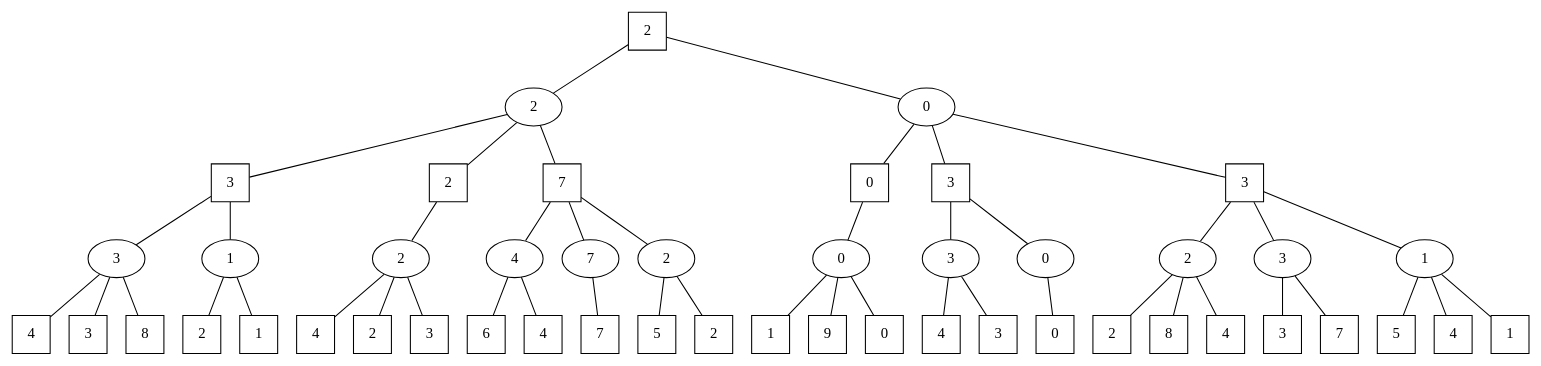
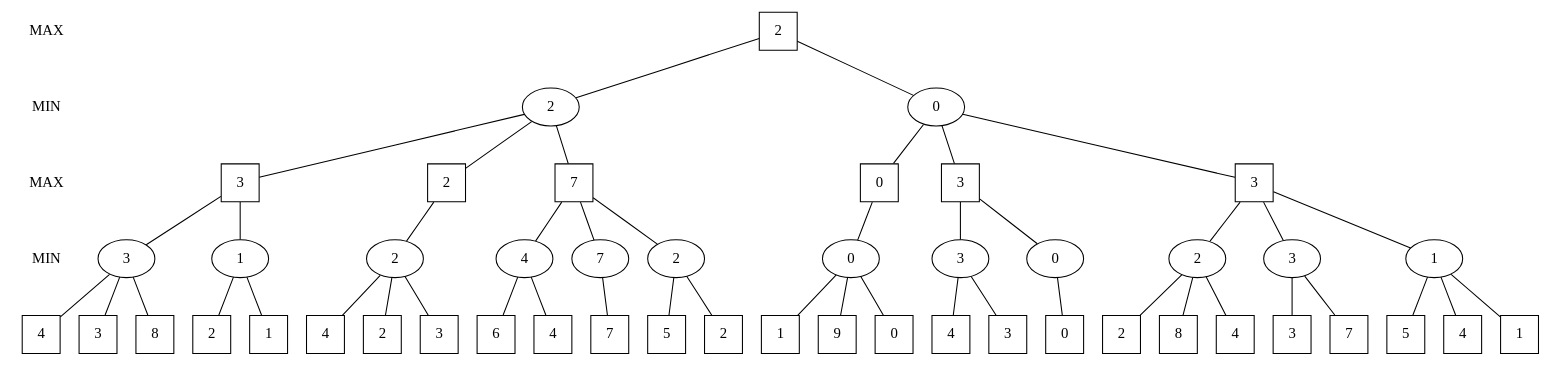
Before and after one commit to Tiv0w/l3-ia-tp3: the first of 2 diagrams in doc/tp3.org, drawn with Graphviz. The commit also changed other lines of this file and 7 other files, not shown here.

```diff
--- a/doc/tp3.org
+++ b/doc/tp3.org
@@ -12,74 +16,81 @@
 #+begin_src dot :file min_max.png :cmd dot :cmdline -Tpng :exports none :results silent
 graph {
+    maxa [label="MAX", color=white];
+    minb [label="MIN", color=white];
+    maxc [label="MAX", color=white];
+    mind [label="MIN", color=white];
     a [label="2", shape=square];
     b1 [label="2"];
     b2 [label="0"];
     c1 [label="3", shape=square];
     c2 [label="2", shape=square];
     c3 [label="7", shape=square];
     c4 [label="0", shape=square];
     c5 [label="3", shape=square];
     c6 [label="3", shape=square];
     d1 [label="3"];
     d2 [label="1"];
     d3 [label="2"];
     d4 [label="4"];
     d5 [label="7"];
     d6 [label="2"];
     d7 [label="0"];
     d8 [label="3"];
     d9 [label="0"];
     d10 [label="2"];
     d11 [label="3"];
     d12 [label="1"];
     e1 [label="4", shape=square];
     e2 [label="3", shape=square];
     e3 [label="8", shape=square];
     e4 [label="2", shape=square];
     e5 [label="1", shape=square];
     e6 [label="4", shape=square];
     e7 [label="2", shape=square];
     e8 [label="3", shape=square];
     e9 [label="6", shape=square];
     e10 [label="4", shape=square];
     e11 [label="7", shape=square];
     e12 [label="5", shape=square];
     e13 [label="2", shape=square];
     e14 [label="1", shape=square];
     e15 [label="9", shape=square];
     e16 [label="0", shape=square];
     e17 [label="4", shape=square];
     e18 [label="3", shape=square];
     e19 [label="0", shape=square];
     e20 [label="2", shape=square];
     e21 [label="8", shape=square];
     e22 [label="4", shape=square];
     e23 [label="3", shape=square];
     e24 [label="7", shape=square];
     e25 [label="5", shape=square];
     e26 [label="4", shape=square];
     e27 [label="1", shape=square];
 
+    maxa -- minb [style=invis];
+    minb -- maxc [style=invis];
+    maxc -- mind [style=invis];
     a -- {b1, b2};
     b1 -- {c1, c2, c3};
     b2 -- {c4, c5, c6};
     c1 -- {d1, d2};
     c2 -- {d3};
     c3 -- {d4, d5, d6};
     c4 -- {d7};
     c5 -- {d8, d9};
     c6 -- {d10, d11, d12};
     d1 -- {e1, e2, e3};
     d2 -- {e4, e5};
     d3 -- {e6, e7, e8};
     d4 -- {e9, e10};
     d5 -- {e11};
     d6 -- {e12, e13};
     d7 -- {e14, e15, e16};
     d8 -- {e17, e18};
     d9 -- {e19};
     d10 -- {e20, e21, e22};
     d11 -- {e23, e24};
     d12 -- {e25, e26, e27};
 }
 #+end_src
```
